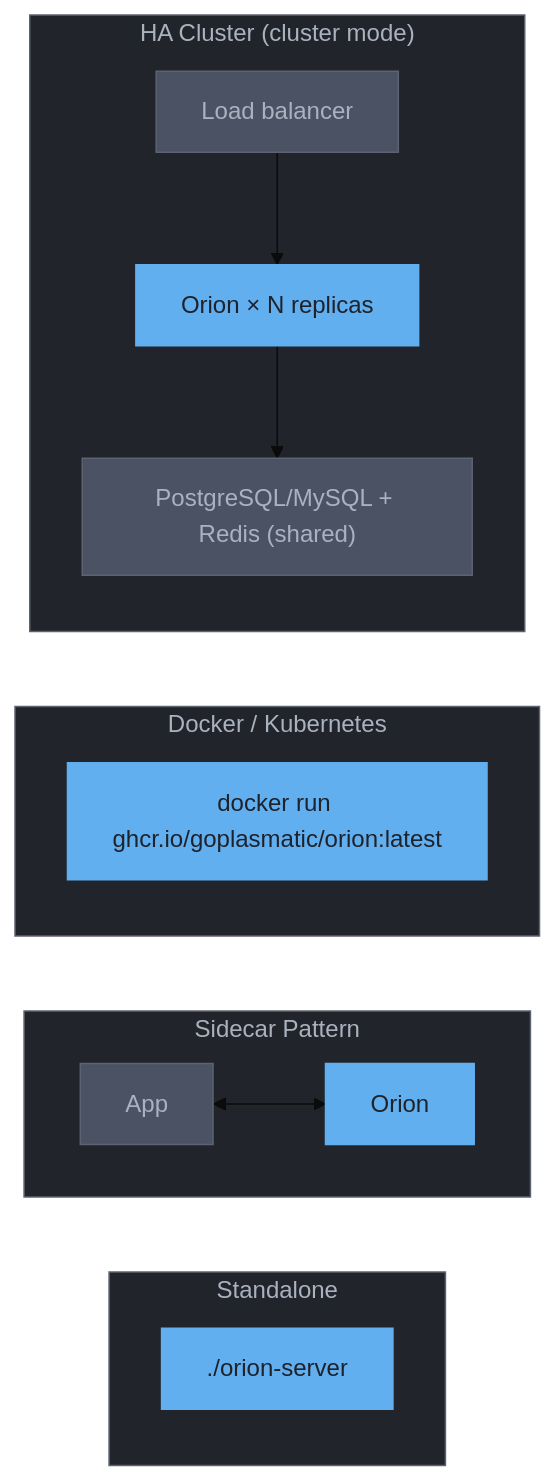
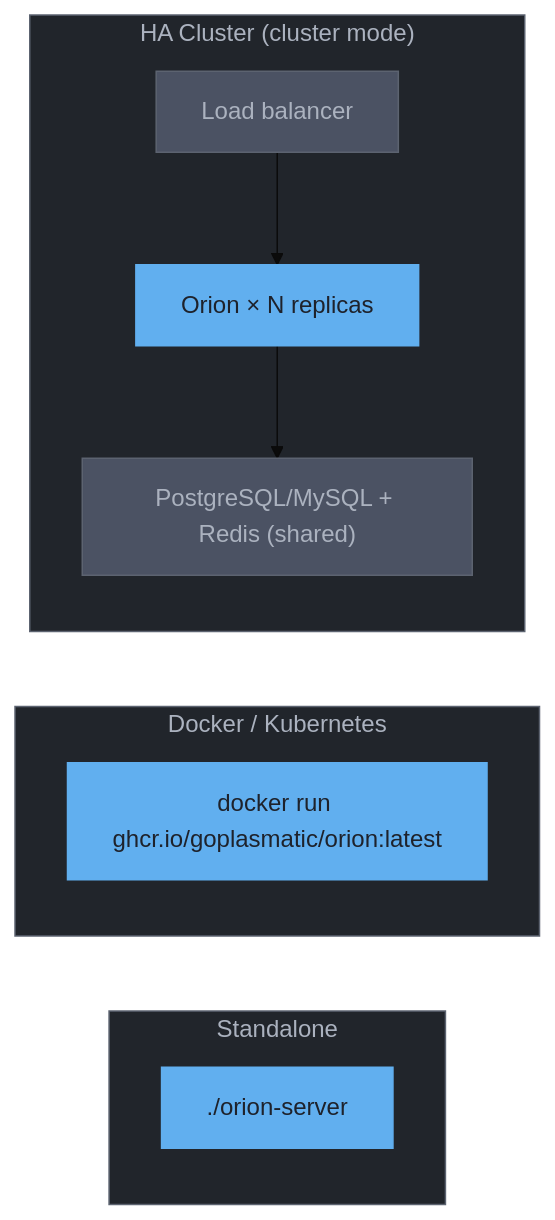
One commit to GoPlasmatic/Orion changed the fourth of 4 diagrams in README.md. Above: the diagram before and after it, drawn with Mermaid (base theme). The commit also changed other lines of this file and 12 other files, not shown here.

````diff
--- a/README.md
+++ b/README.md
@@ -383,35 +383,27 @@
 ```mermaid
 flowchart LR
     subgraph Standalone ["Standalone"]
         direction TB
         S["./orion-server"]
-    end
-
-    subgraph Sidecar ["Sidecar Pattern"]
-        direction LR
-        App["App"] <--> O["Orion"]
     end
 
     subgraph Container ["Docker / Kubernetes"]
         direction TB
         D["docker run ghcr.io/goplasmatic/orion:latest"]
     end
 
     subgraph Cluster ["HA Cluster (cluster mode)"]
         direction TB
         LB["Load balancer"] --> N["Orion × N replicas"]
         N --> B["PostgreSQL/MySQL + Redis (shared)"]
     end
 
     style Standalone fill:#21252b,stroke:#5c6370,color:#abb2bf
-    style Sidecar fill:#21252b,stroke:#5c6370,color:#abb2bf
     style Container fill:#21252b,stroke:#5c6370,color:#abb2bf
     style Cluster fill:#21252b,stroke:#5c6370,color:#abb2bf
     style S fill:#61afef,stroke:#61afef,color:#1e222b
-    style App fill:#4b5263,stroke:#5c6370,color:#abb2bf
-    style O fill:#61afef,stroke:#61afef,color:#1e222b
     style D fill:#61afef,stroke:#61afef,color:#1e222b
     style LB fill:#4b5263,stroke:#5c6370,color:#abb2bf
     style N fill:#61afef,stroke:#61afef,color:#1e222b
     style B fill:#4b5263,stroke:#5c6370,color:#abb2bf
 ```
````
